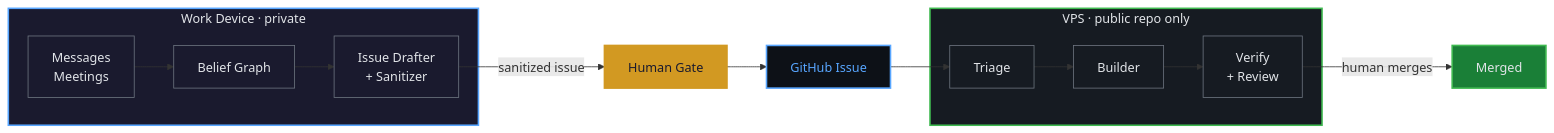
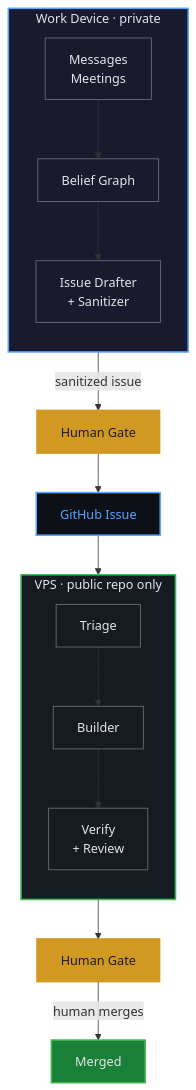
One commit to Sanctum-Origo-Systems/andywidjaja.com changed the diagram in public/data-boundary-dark.mmd. Above: the diagram before and after it, drawn with Mermaid. The commit also changed 1 other file, not shown here.

```diff
--- a/public/data-boundary-dark.mmd
+++ b/public/data-boundary-dark.mmd
@@ -1,27 +1,31 @@
-flowchart LR
+flowchart TB
     subgraph work["Work Device · private"]
+        direction TB
         msg["Messages\nMeetings"] --> beliefs["Belief Graph"]
         beliefs --> draft["Issue Drafter\n+ Sanitizer"]
     end
 
-    draft -->|"sanitized issue"| gate["Human Gate"]
-    gate --> issue["GitHub Issue"]
+    draft -->|"sanitized issue"| gate1["Human Gate"]
+    gate1 --> issue["GitHub Issue"]
+    issue --> triage
 
     subgraph vps["VPS · public repo only"]
+        direction TB
         triage["Triage"] --> builder["Builder"] --> verify["Verify\n+ Review"]
     end
 
-    issue --> triage
-    verify -->|"human merges"| merge["Merged"]
+    verify --> gate2["Human Gate"]
+    gate2 -->|"human merges"| merge["Merged"]
 
     style work fill:#1a1a2e,stroke:#58a6ff,color:#e1e4e8,stroke-width:2px
     style vps fill:#161b22,stroke:#3fb950,color:#e1e4e8,stroke-width:2px
-    style gate fill:#d29922,stroke:#d29922,color:#1a1a2e,stroke-width:2px
+    style gate1 fill:#d29922,stroke:#d29922,color:#1a1a2e,stroke-width:2px
+    style gate2 fill:#d29922,stroke:#d29922,color:#1a1a2e,stroke-width:2px
     style issue fill:#0d1117,stroke:#58a6ff,color:#58a6ff,stroke-width:2px
     style merge fill:#1a7f37,stroke:#3fb950,color:#e1e4e8,stroke-width:2px
     style msg fill:#1a1a2e,stroke:#6e7681,color:#e1e4e8
     style beliefs fill:#1a1a2e,stroke:#6e7681,color:#e1e4e8
     style draft fill:#1a1a2e,stroke:#6e7681,color:#e1e4e8
     style triage fill:#161b22,stroke:#6e7681,color:#e1e4e8
     style builder fill:#161b22,stroke:#6e7681,color:#e1e4e8
     style verify fill:#161b22,stroke:#6e7681,color:#e1e4e8
```
